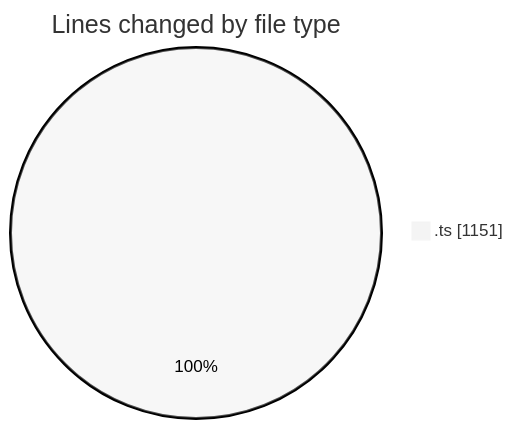
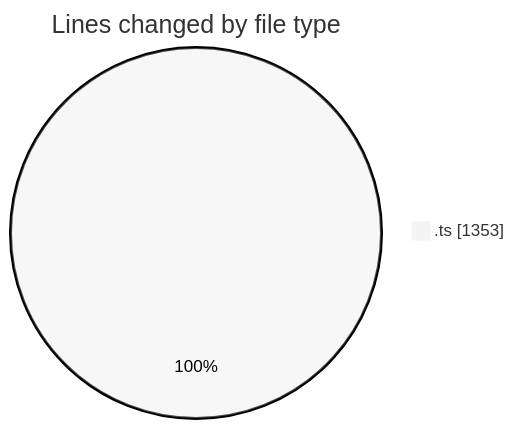
Before and after one commit to nxtqubesakshisongat/code-tracking: the first of 2 diagrams in 2026-03-12/nxtqube_webapp/README.md, drawn with Mermaid (neutral theme). The commit also changed other lines of this file and 1 other file, not shown here.

````diff
--- a/2026-03-12/nxtqube_webapp/README.md
+++ b/2026-03-12/nxtqube_webapp/README.md
@@ -23,5 +24,5 @@
 ```mermaid
 pie showData
 title Lines changed by file type
-".ts" : 1151
+".ts" : 1353
 ```
````
